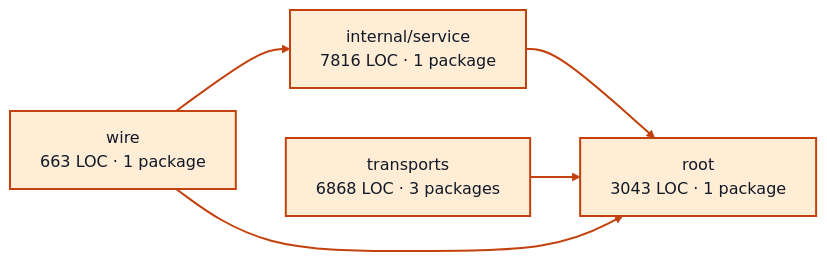
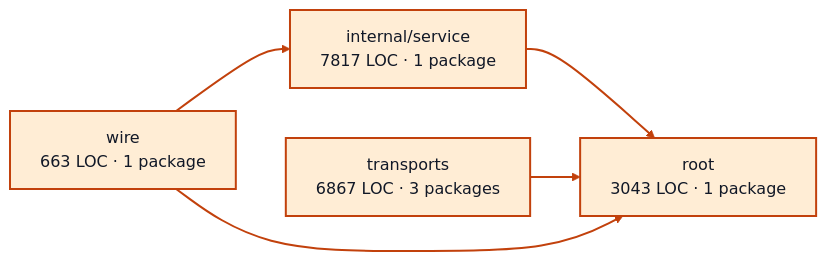
The diagram in docs/architecture/visualizations/services/worker_sessions.md (portpowered/you-agent-factory), drawn with Mermaid (forest theme) before and after one commit. The commit also changed other lines of this file and 20 other files, not shown here.

Commit message:
docs: refresh backend architecture visualizations

````diff
--- a/docs/architecture/visualizations/services/worker_sessions.md
+++ b/docs/architecture/visualizations/services/worker_sessions.md
@@ -11,16 +11,16 @@
 ```mermaid
 flowchart LR
-  p0["internal/service<br/>7816 LOC · 1 package"]
+  p0["internal/service<br/>7817 LOC · 1 package"]
   p1["root<br/>3043 LOC · 1 package"]
-  p2["transports<br/>6868 LOC · 3 packages"]
+  p2["transports<br/>6867 LOC · 3 packages"]
   p3["wire<br/>663 LOC · 1 package"]
   p0 --> p1
   p2 --> p1
   p3 --> p0
   p3 --> p1
   style p0 fill:#ffedd5,stroke:#c2410c,stroke-width:2px,color:#111827
   style p1 fill:#ffedd5,stroke:#c2410c,stroke-width:2px,color:#111827
   style p2 fill:#ffedd5,stroke:#c2410c,stroke-width:2px,color:#111827
   style p3 fill:#ffedd5,stroke:#c2410c,stroke-width:2px,color:#111827
   linkStyle default stroke:#c2410c,stroke-width:2px
 ```
````
